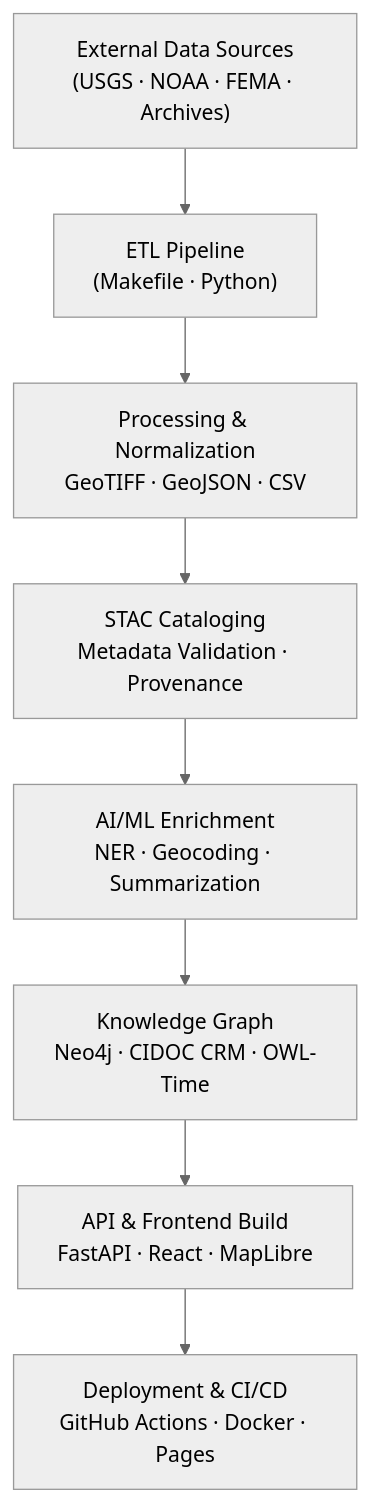
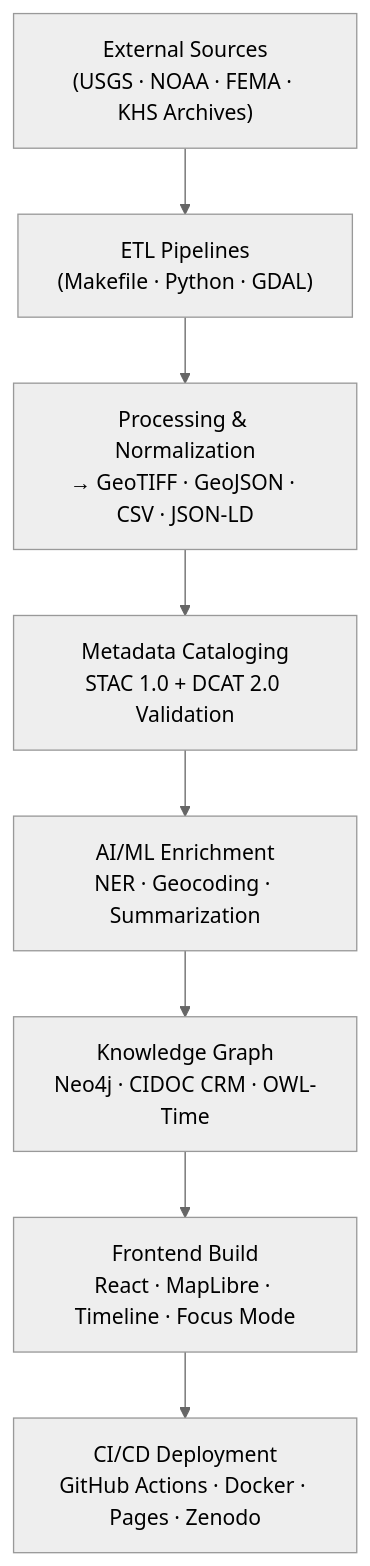
Before and after one commit to bartytime4life/Kansas-Frontier-Matrix: the first of 3 diagrams in docs/integration/workflows.md, drawn with Mermaid (neutral theme). The commit also changed other lines of this file, not shown here.

`````diff
--- a/docs/integration/workflows.md
+++ b/docs/integration/workflows.md
@@ -34,10 +65,10 @@
 ```mermaid
 flowchart TD
-    A["External Data Sources\n(USGS · NOAA · FEMA · Archives)"] --> B["ETL Pipeline\n(Makefile · Python)"]
-    B --> C["Processing & Normalization\nGeoTIFF · GeoJSON · CSV"]
-    C --> D["STAC Cataloging\nMetadata Validation · Provenance"]
+    A["External Sources\n(USGS · NOAA · FEMA · KHS Archives)"] --> B["ETL Pipelines\n(Makefile · Python · GDAL)"]
+    B --> C["Processing & Normalization\n→ GeoTIFF · GeoJSON · CSV · JSON-LD"]
+    C --> D["Metadata Cataloging\nSTAC 1.0 + DCAT 2.0 Validation"]
     D --> E["AI/ML Enrichment\nNER · Geocoding · Summarization"]
     E --> F["Knowledge Graph\nNeo4j · CIDOC CRM · OWL-Time"]
-    F --> G["API & Frontend Build\nFastAPI · React · MapLibre"]
-    G --> H["Deployment & CI/CD\nGitHub Actions · Docker · Pages"]
-````
+    F --> G["Frontend Build\nReact · MapLibre · Timeline · Focus Mode"]
+    G --> H["CI/CD Deployment\nGitHub Actions · Docker · Pages · Zenodo"]
+```
`````
